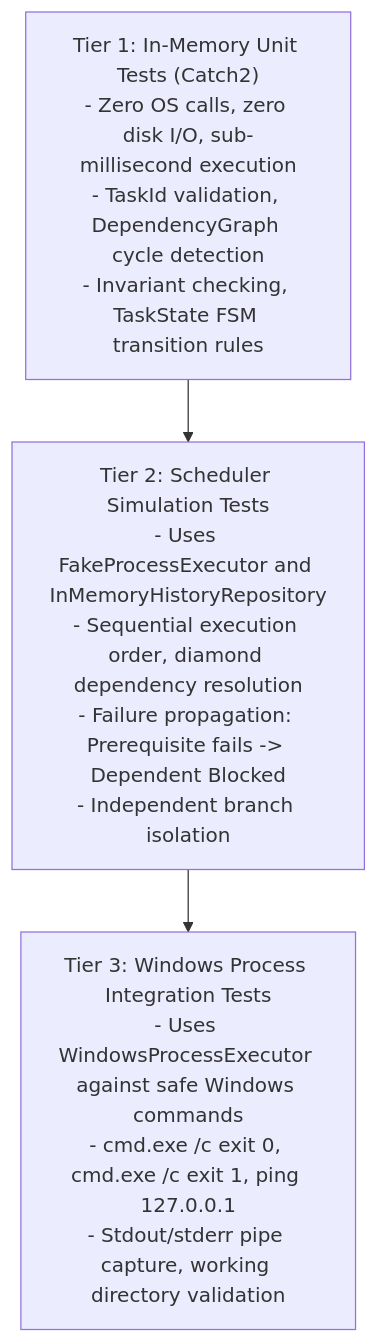
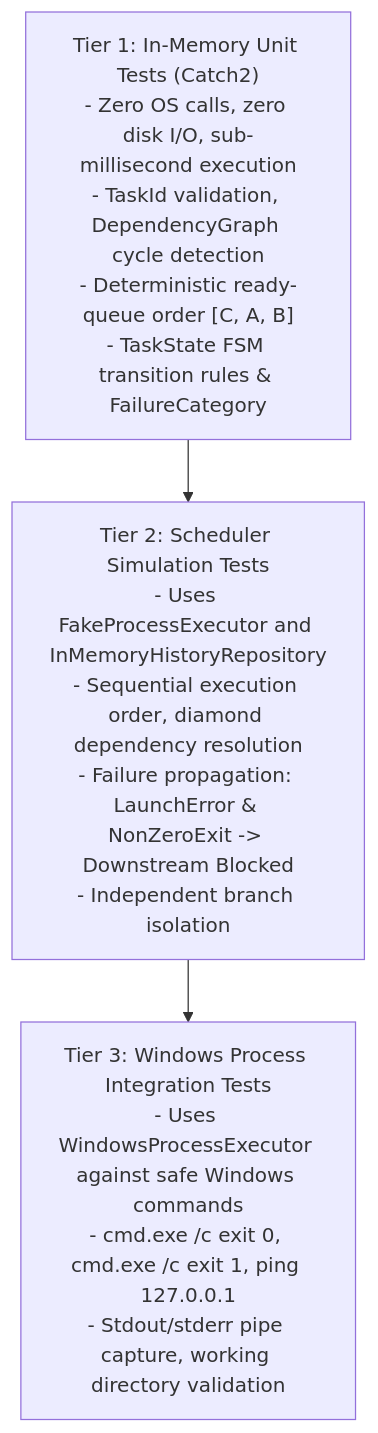
The fourth of 4 diagrams in docs/architecture.md (vishalpalepu/TaskForge), drawn with Mermaid before and after one commit. The commit also changed other lines of this file and 6 other files, not shown here.

Commit message:
docs: add comprehensive domain model, architectural overview, and architectural decision records (ADRs)

````diff
--- a/docs/architecture.md
+++ b/docs/architecture.md
@@ -243,8 +317,8 @@
 ```mermaid
 graph TD
-    Tier1["Tier 1: In-Memory Unit Tests (Catch2)<br/>- Zero OS calls, zero disk I/O, sub-millisecond execution<br/>- TaskId validation, DependencyGraph cycle detection<br/>- Invariant checking, TaskState FSM transition rules"]
-    Tier2["Tier 2: Scheduler Simulation Tests<br/>- Uses FakeProcessExecutor and InMemoryHistoryRepository<br/>- Sequential execution order, diamond dependency resolution<br/>- Failure propagation: Prerequisite fails -> Dependent Blocked<br/>- Independent branch isolation"]
+    Tier1["Tier 1: In-Memory Unit Tests (Catch2)<br/>- Zero OS calls, zero disk I/O, sub-millisecond execution<br/>- TaskId validation, DependencyGraph cycle detection<br/>- Deterministic ready-queue order [C, A, B]<br/>- TaskState FSM transition rules & FailureCategory"]
+    Tier2["Tier 2: Scheduler Simulation Tests<br/>- Uses FakeProcessExecutor and InMemoryHistoryRepository<br/>- Sequential execution order, diamond dependency resolution<br/>- Failure propagation: LaunchError & NonZeroExit -> Downstream Blocked<br/>- Independent branch isolation"]
     Tier3["Tier 3: Windows Process Integration Tests<br/>- Uses WindowsProcessExecutor against safe Windows commands<br/>- cmd.exe /c exit 0, cmd.exe /c exit 1, ping 127.0.0.1<br/>- Stdout/stderr pipe capture, working directory validation"]
 
     Tier1 --> Tier2 --> Tier3
 ```
````
